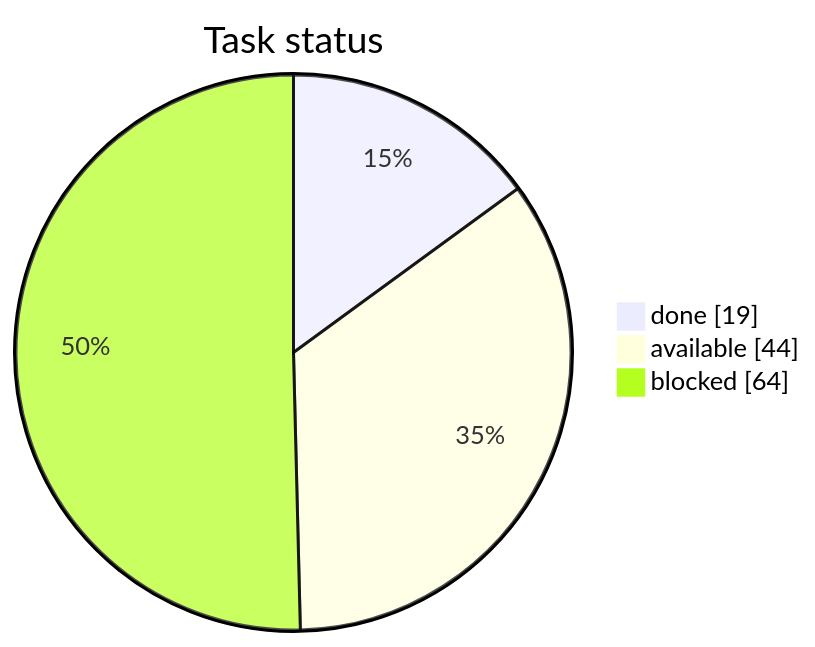
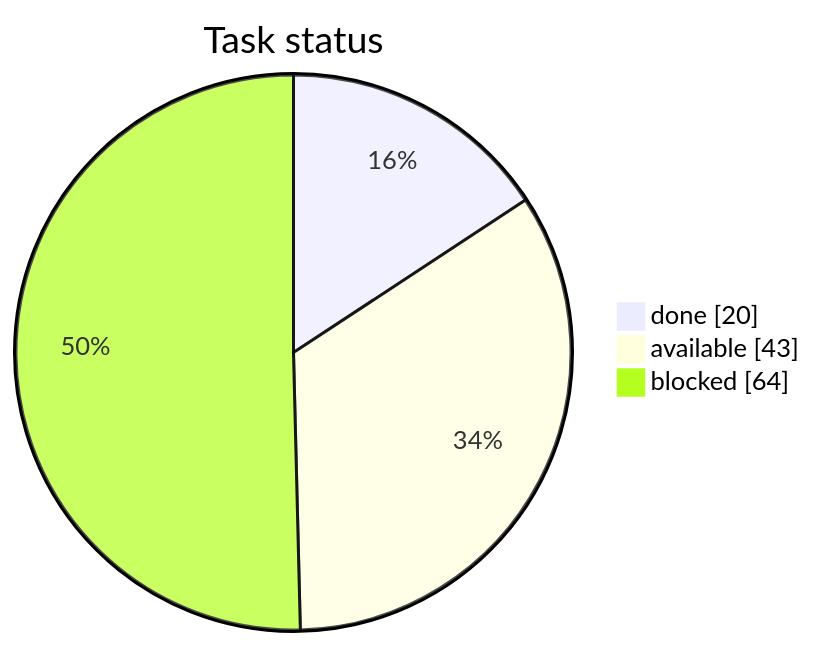
One commit to artemiiShabanov/RallyRivals changed the first of 3 diagrams in STATUS.md. Above: the diagram before and after it, drawn with Mermaid. The commit also changed other lines of this file and 3 other files, not shown here.

````diff
--- a/STATUS.md
+++ b/STATUS.md
@@ -7,7 +7,7 @@
 ```mermaid
 pie showData
     title Task status
-    "done" : 19
-    "available" : 44
+    "done" : 20
+    "available" : 43
     "blocked" : 64
 ```
````
